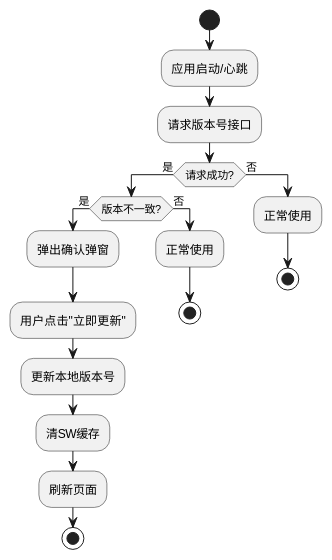
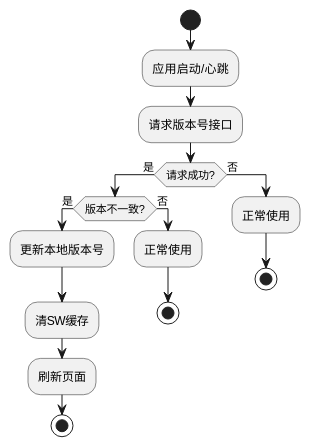
Before and after one commit to songwb89/outline: the diagram in docs/7.0需求.md, drawn with PlantUML. The commit also changed other lines of this file and 1 other file, not shown here.

````diff
--- a/docs/7.0需求.md
+++ b/docs/7.0需求.md
@@ -328,23 +328,21 @@
 ```plantuml
 @startuml
 start
 :应用启动/心跳;
 :请求版本号接口;
 if (请求成功?) then (是)
   if (版本不一致?) then (是)
-    :弹出确认弹窗;
-    :用户点击"立即更新";
     :更新本地版本号;
     :清SW缓存;
     :刷新页面;
     stop
   else (否)
     :正常使用;
     stop
   endif
 else (否)
   :正常使用;
   stop
 endif
 @enduml
 ```
````
